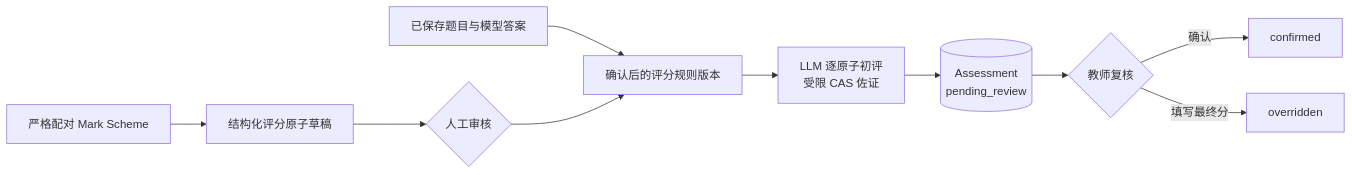
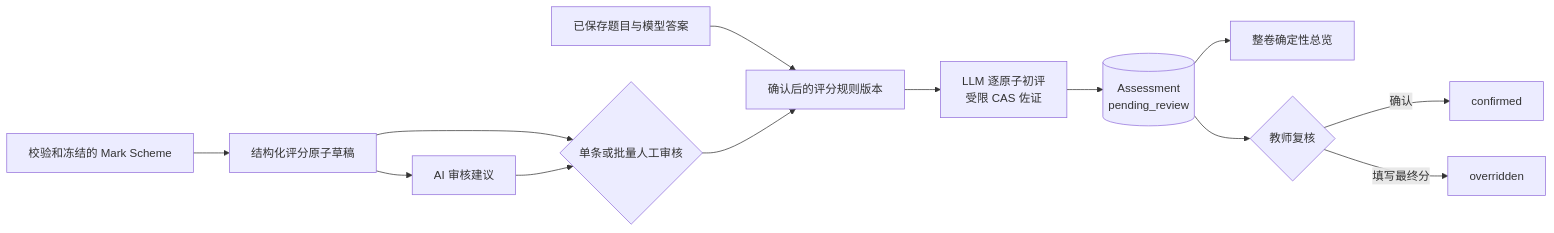
The second of 3 diagrams in codestable/spec/index.md (wide-sky-with-me/EXamTwin), drawn with Mermaid before and after one commit. The commit also changed other lines of this file and 74 other files, not shown here.

````diff
--- a/codestable/spec/index.md
+++ b/codestable/spec/index.md
@@ -118,12 +121,15 @@
 ```mermaid
 flowchart LR
     A[已保存题目与模型答案] --> D[确认后的评分规则版本]
-    B[严格配对 Mark Scheme] --> C[结构化评分原子草稿]
-    C --> H{人工审核}
+    B[校验和冻结的 Mark Scheme] --> C[结构化评分原子草稿]
+    C --> H{单条或批量人工审核}
+    C --> R[AI 审核建议]
+    R --> H
     H --> D
     D --> E[LLM 逐原子初评<br/>受限 CAS 佐证]
     E --> F[(Assessment<br/>pending_review)]
+    F --> O[整卷确定性总览]
     F --> G{教师复核}
     G -->|确认| I[confirmed]
     G -->|填写最终分| J[overridden]
 ```
````
